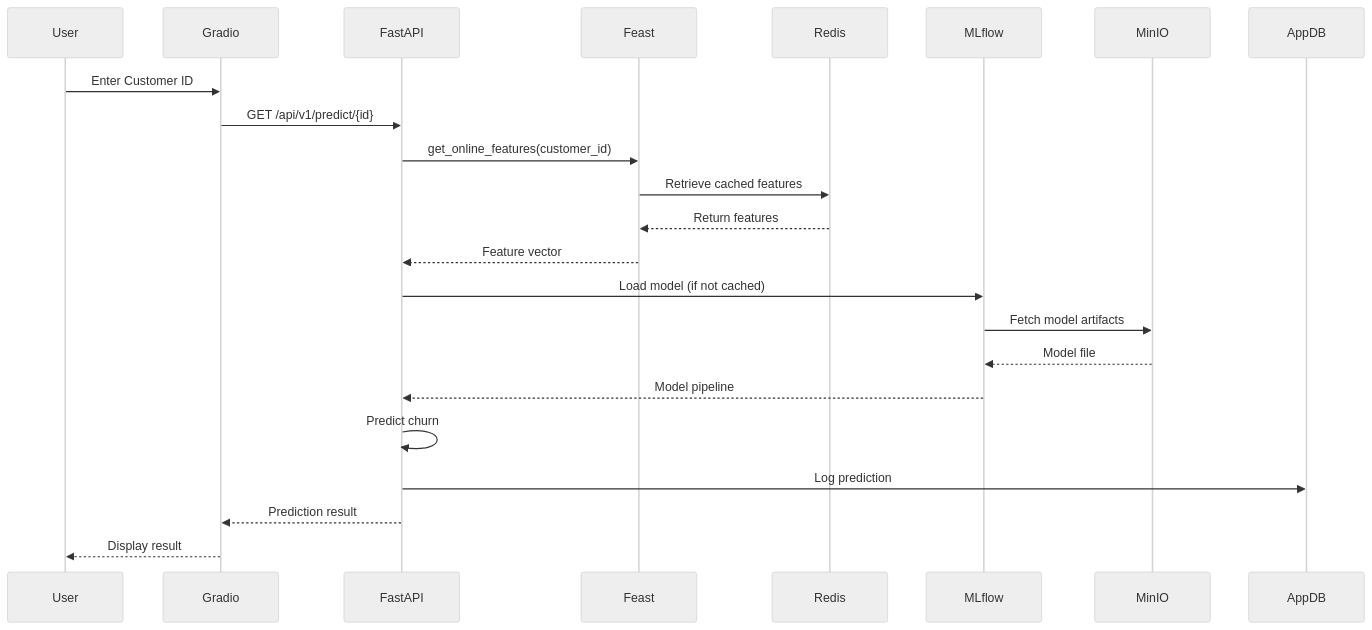
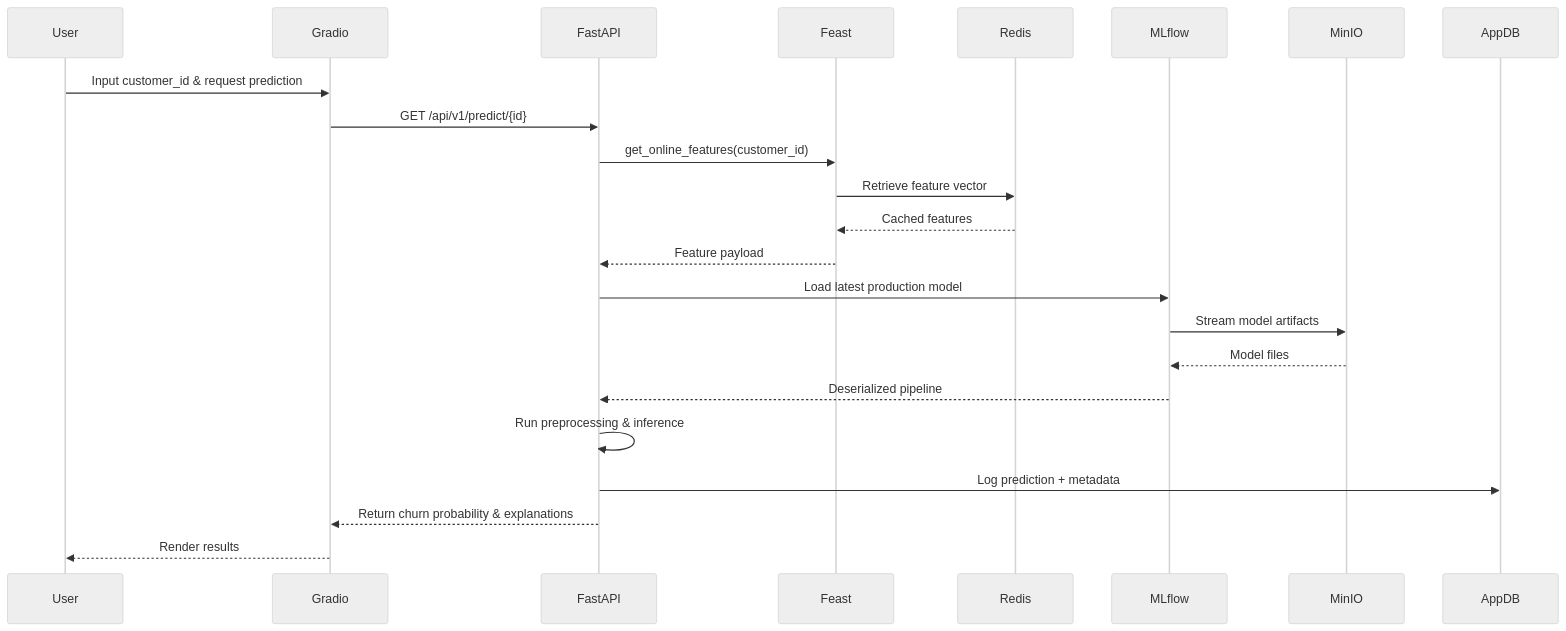
One commit to ssabrut/customer-churn-mlops changed the third of 7 diagrams in ARCHITECTURE.md. Above: the diagram before and after it, drawn with Mermaid (neutral theme). The commit also changed other lines of this file and 5 other files, not shown here.

````diff
--- a/ARCHITECTURE.md
+++ b/ARCHITECTURE.md
@@ -167,26 +167,26 @@
 ```mermaid
 sequenceDiagram
     participant User
     participant Gradio
     participant FastAPI
     participant Feast
     participant Redis
     participant MLflow
     participant MinIO
     participant AppDB
-    
-    User->>Gradio: Enter Customer ID
+
+    User->>Gradio: Input customer_id & request prediction
     Gradio->>FastAPI: GET /api/v1/predict/{id}
     FastAPI->>Feast: get_online_features(customer_id)
-    Feast->>Redis: Retrieve cached features
-    Redis-->>Feast: Return features
-    Feast-->>FastAPI: Feature vector
-    FastAPI->>MLflow: Load model (if not cached)
-    MLflow->>MinIO: Fetch model artifacts
-    MinIO-->>MLflow: Model file
-    MLflow-->>FastAPI: Model pipeline
-    FastAPI->>FastAPI: Predict churn
-    FastAPI->>AppDB: Log prediction
-    FastAPI-->>Gradio: Prediction result
-    Gradio-->>User: Display result
+    Feast->>Redis: Retrieve feature vector
+    Redis-->>Feast: Cached features
+    Feast-->>FastAPI: Feature payload
+    FastAPI->>MLflow: Load latest production model
+    MLflow->>MinIO: Stream model artifacts
+    MinIO-->>MLflow: Model files
+    MLflow-->>FastAPI: Deserialized pipeline
+    FastAPI->>FastAPI: Run preprocessing & inference
+    FastAPI->>AppDB: Log prediction + metadata
+    FastAPI-->>Gradio: Return churn probability & explanations
+    Gradio-->>User: Render results
 ```
````
